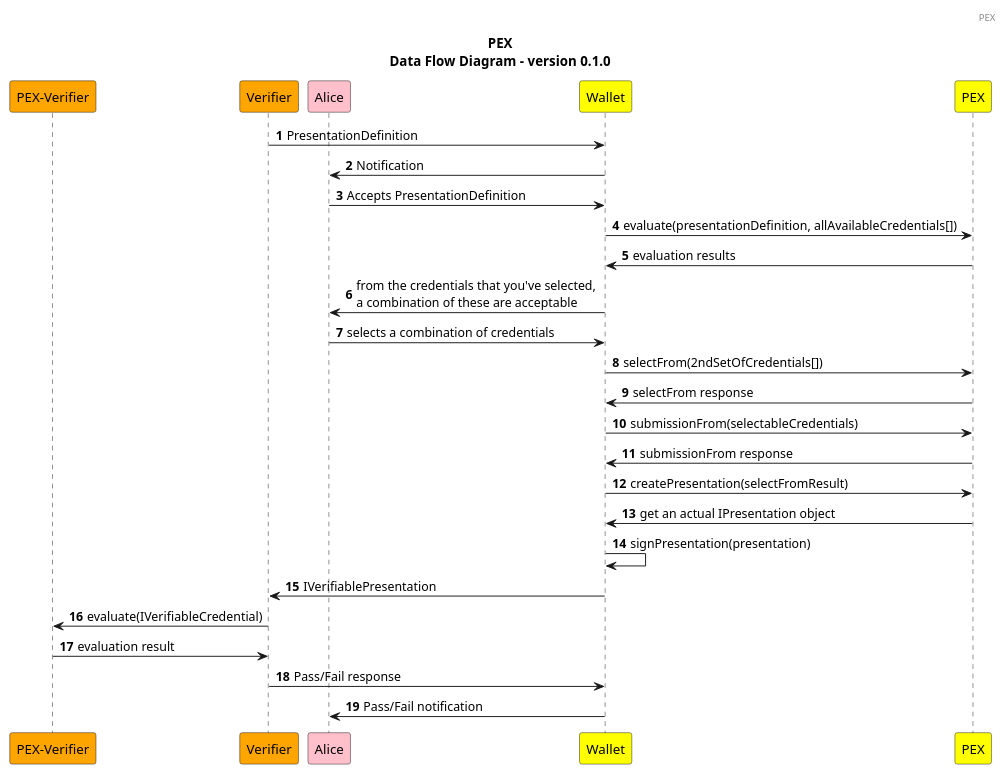
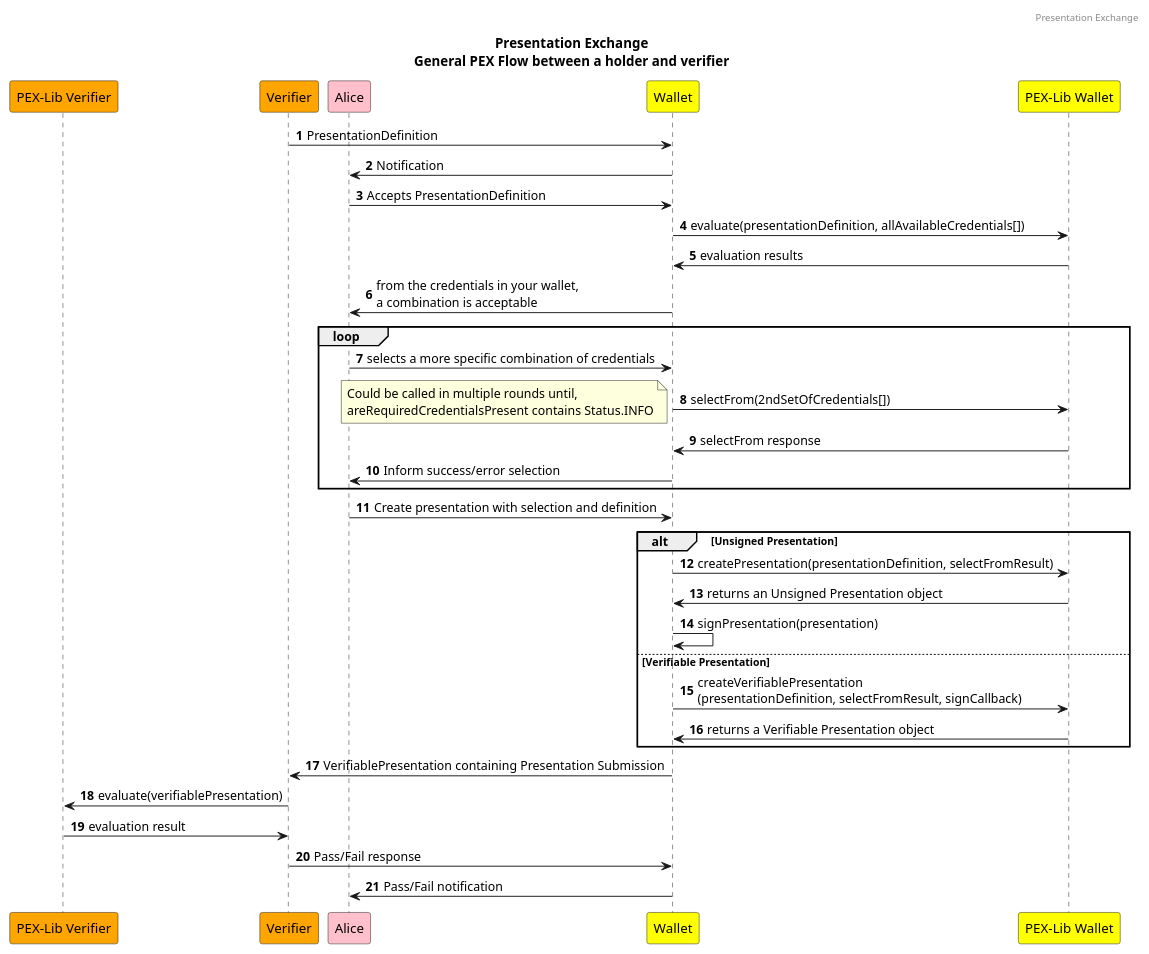
The diagram in docs/simple-scenario.puml (Sphereon-Opensource/PEX), drawn with PlantUML before and after one commit. The commit also changed 3 other files, not shown here.

First line of the commit message:
docs: Update documentation and flow diagram to make a clear distinction between holder/wallet and verifier.

```diff
--- a/docs/simple-scenario.puml
+++ b/docs/simple-scenario.puml
@@ -1,41 +1,52 @@
 @startuml
 
-header PEX
+header Presentation Exchange
 
 title
-PEX
-Data Flow Diagram - version 0.1.0
+Presentation Exchange
+General PEX Flow between a holder and verifier
 end title
 
 
 autonumber
 
-participant "PEX-Verifier" as PE2 order 0 #ORANGE
+participant "PEX-Lib Verifier" as PEXV order 0 #ORANGE
 participant "Verifier" as V order 1 #ORANGE
 participant "Alice" as A order 2 #PINK
 participant "Wallet" as W order 3 #YELLOW
-participant "PEX" as PE order 4 #YELLOW
+participant "PEX-Lib Wallet" as PE order 4 #YELLOW
 
 V -> W: PresentationDefinition
 W -> A: Notification
 A -> W: Accepts PresentationDefinition
 W -> PE: evaluate(presentationDefinition, allAvailableCredentials[])
 PE -> W: evaluation results
-W -> A: from the credentials that you've selected, \na combination of these are acceptable
-A -> W: selects a combination of credentials
+W -> A: from the credentials in your wallet, \na combination is acceptable
+loop
+A -> W: selects a more specific combination of credentials
 W -> PE: selectFrom(2ndSetOfCredentials[])
+note left
+    Could be called in multiple rounds until,
+    areRequiredCredentialsPresent contains Status.INFO
+end note
 PE -> W: selectFrom response
-W -> PE: submissionFrom(selectableCredentials)
-PE -> W: submissionFrom response
+W -> A: Inform success/error selection
+end
 
-W -> PE: createPresentation(selectFromResult)
-PE -> W: get an actual IPresentation object
+A -> W: Create presentation with selection and definition
+
+alt Unsigned Presentation
+W -> PE: createPresentation(presentationDefinition, selectFromResult)
+PE -> W: returns an Unsigned Presentation object
 W -> W: signPresentation(presentation)
+else Verifiable Presentation
+W -> PE: createVerifiablePresentation\n(presentationDefinition, selectFromResult, signCallback)
+PE -> W: returns a Verifiable Presentation object
+end
+W -> V: VerifiablePresentation containing Presentation Submission
 
-W -> V: IVerifiablePresentation
-
-V -> PE2: evaluate(IVerifiableCredential)
-PE2 -> V: evaluation result
+V -> PEXV: evaluate(verifiablePresentation)
+PEXV -> V: evaluation result
 V -> W: Pass/Fail response
 W -> A: Pass/Fail notification
 @enduml
```
